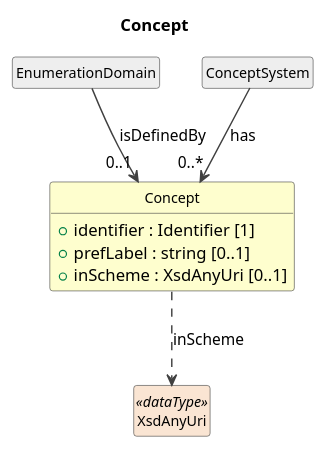
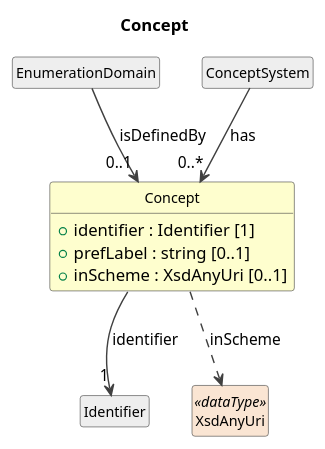
Before and after one commit to Cross-Domain-Interoperability-Framework/metadataBuildingBlocks: the diagram in cdif-uml-model/CDIFDataStructure/Classes/Concept.pu, drawn with PlantUML. The commit also changed 619 other files, not shown here.

```diff
--- a/cdif-uml-model/CDIFDataStructure/Classes/Concept.pu
+++ b/cdif-uml-model/CDIFDataStructure/Classes/Concept.pu
@@ -1,25 +1,27 @@
 @startuml
 title Concept
 hide circle
 hide empty members
 skinparam shadowing false
 skinparam ArrowThickness 1.2
 skinparam class {
   ArrowColor #404040
   BorderColor #404040
   FontSize 12
 }
 
 class "Concept" as Concept #FEFECE {
   +identifier : Identifier [1]
   +prefLabel : string [0..1]
   +inScheme : XsdAnyUri [0..1]
 }
 class "EnumerationDomain" as EnumerationDomain #EEEEEE
 EnumerationDomain --> "0..1" Concept : isDefinedBy
 class "ConceptSystem" as ConceptSystem #EEEEEE
 ConceptSystem --> "0..*" Concept : has
+class "Identifier" as Identifier #EEEEEE
+Concept --> "1" Identifier : identifier
 class "XsdAnyUri" as XsdAnyUri <<dataType>> #FAE5D3
 Concept ..> XsdAnyUri : inScheme
 
 @enduml
```
